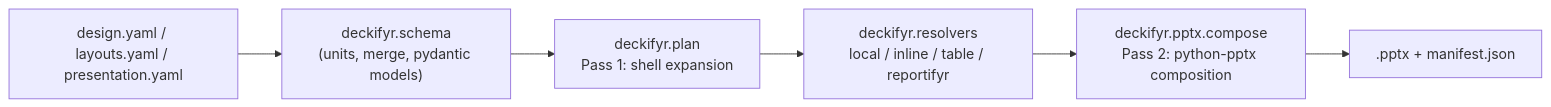
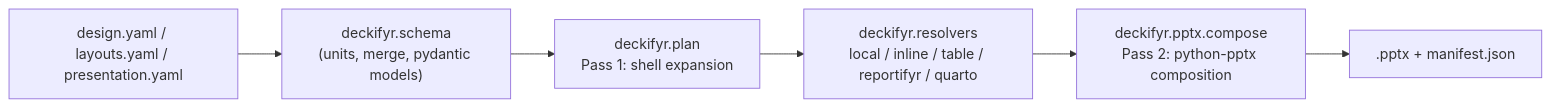
One commit to jprybylski/deckifyr changed the diagram in vignettes/articles/python-engine.Rmd. Above: the diagram before and after it, drawn with Mermaid. The commit also changed other lines of this file and 5 other files, not shown here.

````diff
--- a/vignettes/articles/python-engine.Rmd
+++ b/vignettes/articles/python-engine.Rmd
@@ -92,8 +171,8 @@
 ```mermaid
 flowchart LR
     Y["design.yaml / layouts.yaml / presentation.yaml"] --> S["deckifyr.schema\n(units, merge, pydantic models)"]
     S --> P["deckifyr.plan\nPass 1: shell expansion"]
-    P --> R["deckifyr.resolvers\nlocal / inline / table / reportifyr"]
+    P --> R["deckifyr.resolvers\nlocal / inline / table / reportifyr / quarto"]
     R --> C["deckifyr.pptx.compose\nPass 2: python-pptx composition"]
     C --> O[".pptx + manifest.json"]
 ```
````
